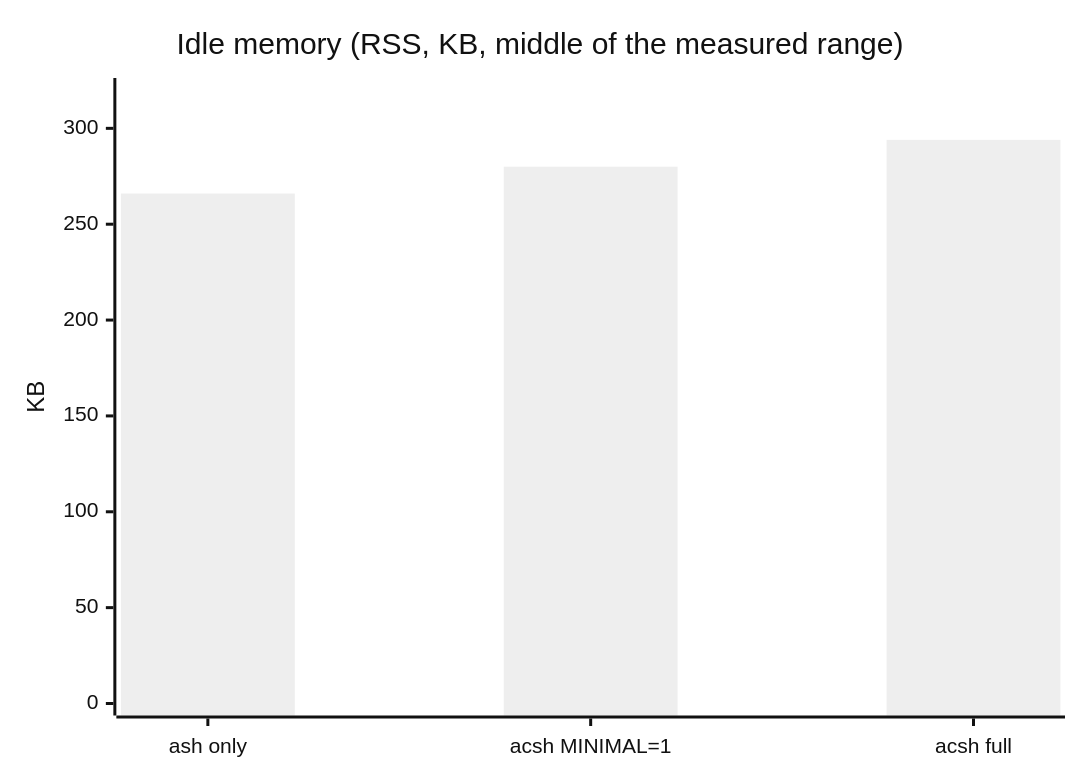
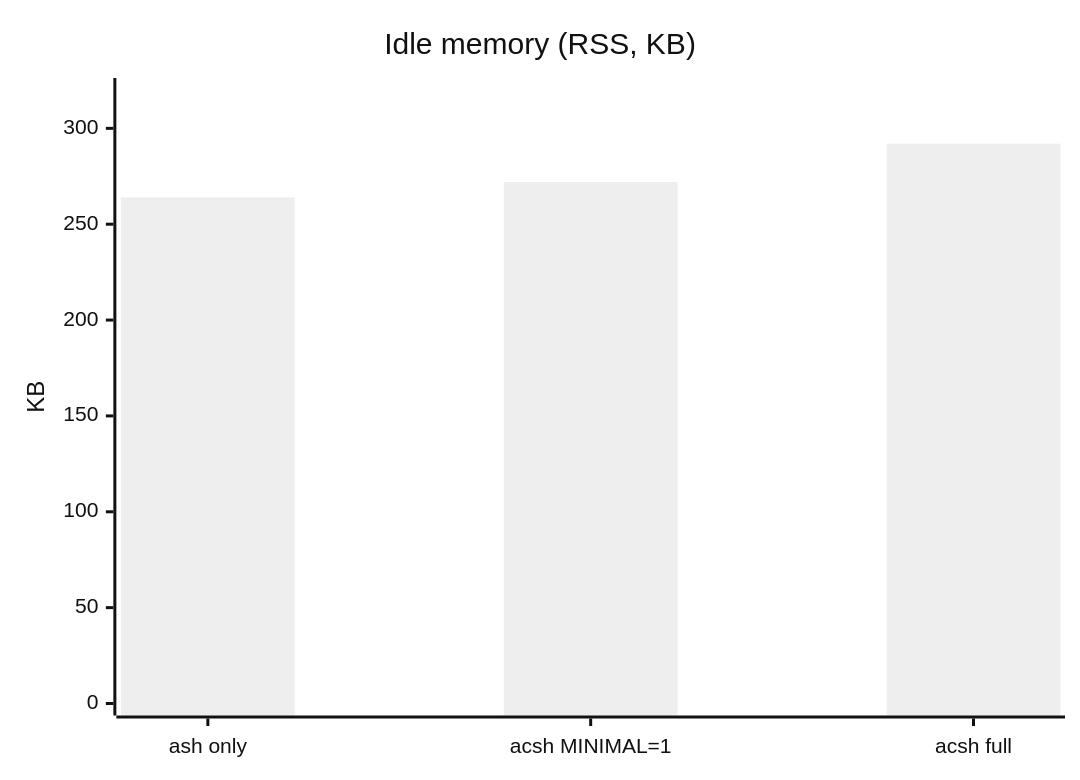
Before and after one commit to aarushchaudhary/acsh: the seventh of 8 diagrams in README.md, drawn with Mermaid (neutral theme). The commit also changed other lines of this file and 2 other files, not shown here.

Commit message:
Rewrite README and POSIX doc with Mermaid diagrams; support unalias -a; allocate stdin buffer lazily and shrink variable table to match ash startup

````diff
--- a/README.md
+++ b/README.md
@@ -517,7 +517,7 @@
 ```mermaid
 xychart-beta
-    title "Idle memory (RSS, KB, middle of the measured range)"
+    title "Idle memory (RSS, KB)"
     x-axis ["ash only", "acsh MINIMAL=1", "acsh full"]
     y-axis "KB" 0 --> 320
-    bar [266, 280, 294]
+    bar [264, 272, 292]
 ```
````
